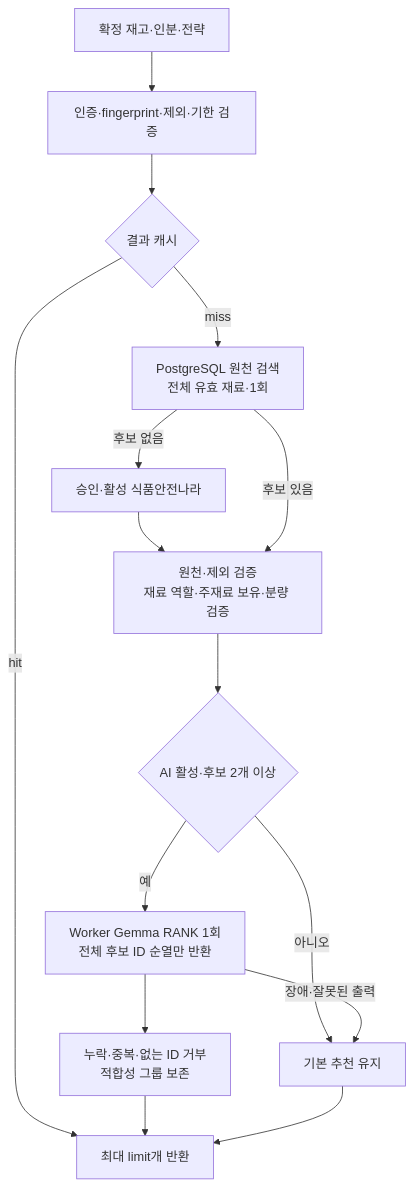
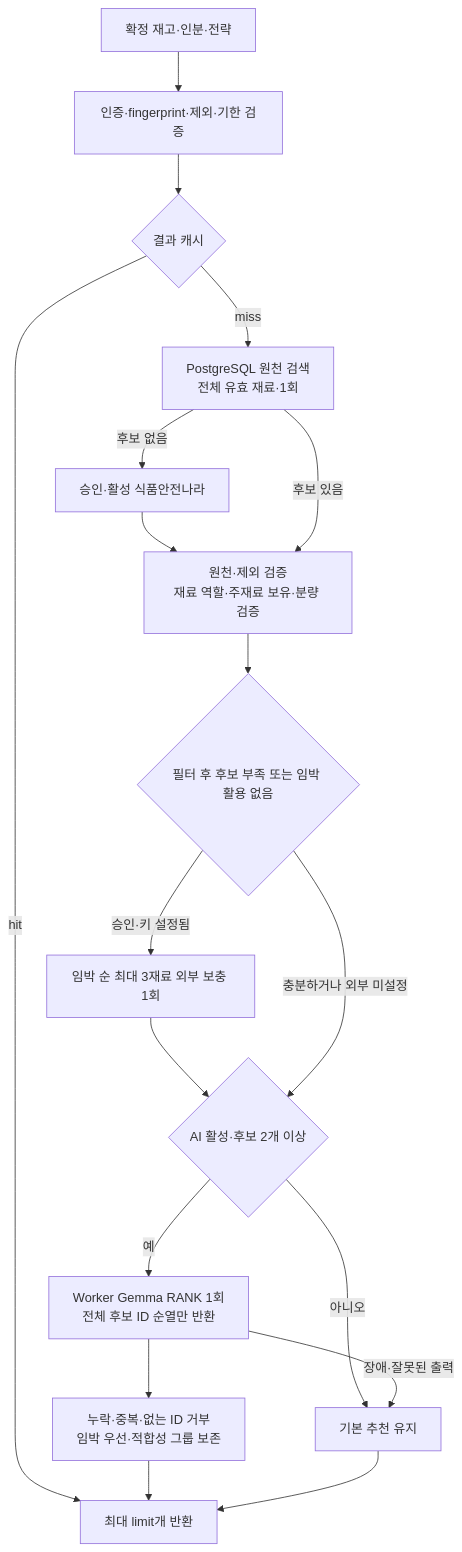
Before and after one commit to 100-hours-a-week/KTB4-5th-AI: the diagram in fastapi/docs/recipe_ai_recommendations.md, drawn with Mermaid. The commit also changed other lines of this file and 12 other files, not shown here.

````diff
--- a/fastapi/docs/recipe_ai_recommendations.md
+++ b/fastapi/docs/recipe_ai_recommendations.md
@@ -7,17 +7,20 @@
 ```mermaid
 flowchart TD
     BE[확정 재고·인분·전략] --> V[인증·fingerprint·제외·기한 검증]
     V --> C{결과 캐시}
     C -- hit --> OUT[최대 limit개 반환]
     C -- miss --> DB[PostgreSQL 원천 검색<br/>전체 유효 재료·1회]
     DB -- 후보 없음 --> SOURCE[승인·활성 식품안전나라]
     SOURCE --> Q[원천·제외 검증<br/>재료 역할·주재료 보유·분량 검증]
     DB -- 후보 있음 --> Q
-    Q --> NEED{AI 활성·후보 2개 이상}
+    Q --> FILL{필터 후 후보 부족 또는 임박 활용 없음}
+    FILL -- 승인·키 설정됨 --> MORE[임박 순 최대 3재료 외부 보충 1회]
+    MORE --> NEED{AI 활성·후보 2개 이상}
+    FILL -- 충분하거나 외부 미설정 --> NEED
     NEED -- 아니오 --> BASE[기본 추천 유지]
     NEED -- 예 --> A[Worker Gemma RANK 1회<br/>전체 후보 ID 순열만 반환]
-    A --> CHECK[누락·중복·없는 ID 거부<br/>적합성 그룹 보존]
+    A --> CHECK[누락·중복·없는 ID 거부<br/>임박 우선·적합성 그룹 보존]
     A -- 장애·잘못된 출력 --> BASE
     CHECK --> OUT
     BASE --> OUT
 ```
````
